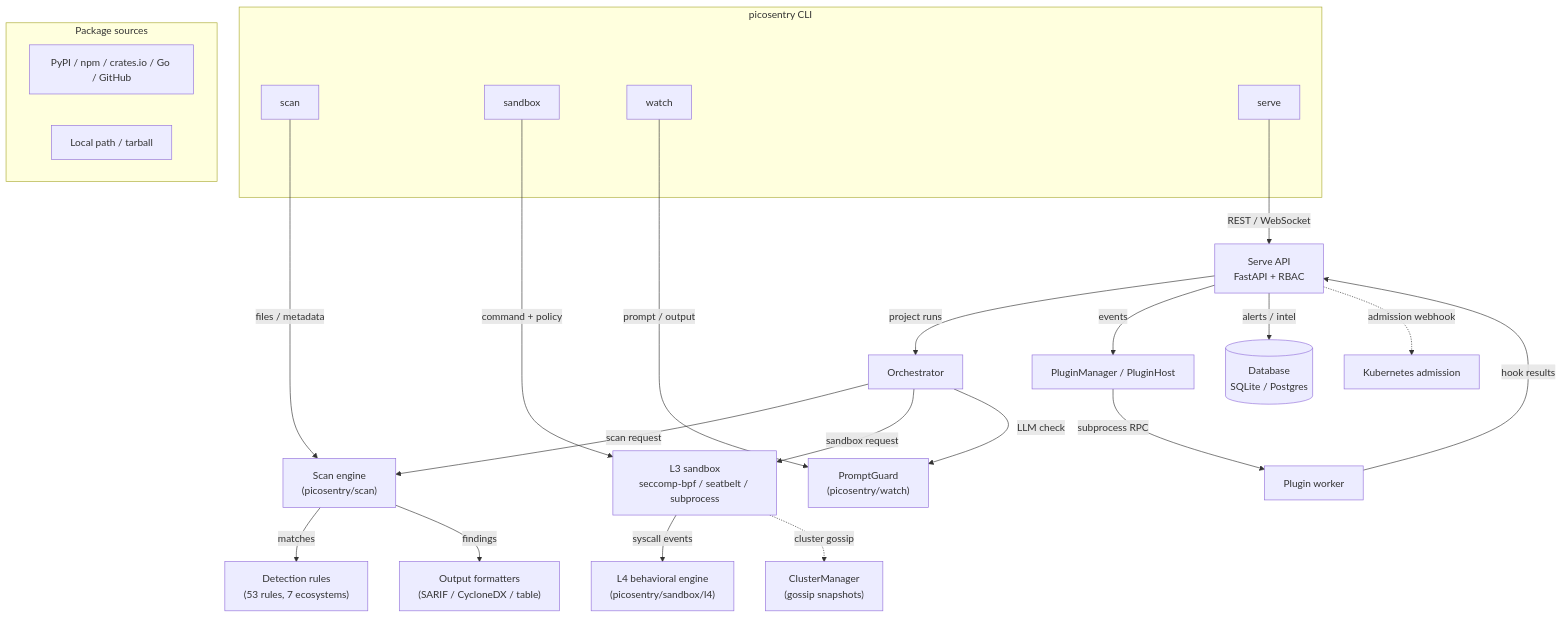
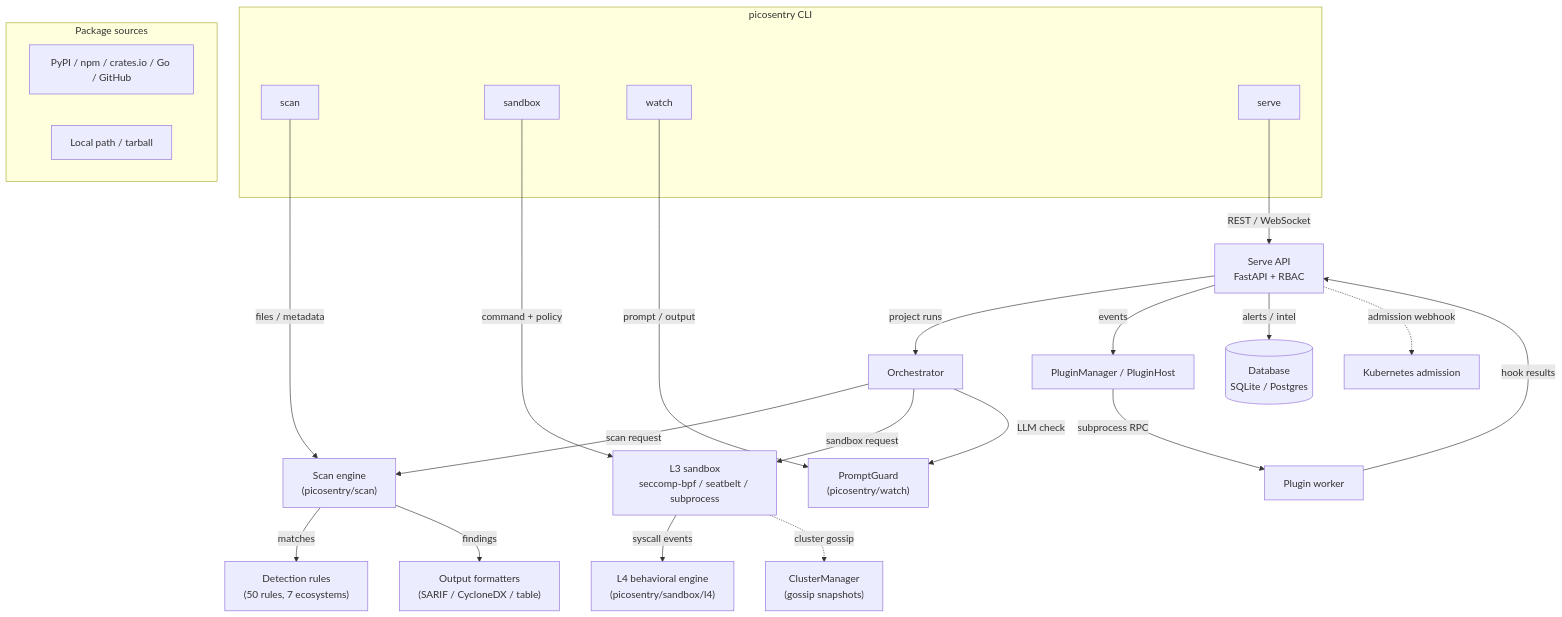
The diagram in docs/ARCHITECTURE.md (KirkForge/PicoSentry), drawn with Mermaid before and after one commit. The commit also changed 86 other files, not shown here.

````diff
--- a/docs/ARCHITECTURE.md
+++ b/docs/ARCHITECTURE.md
@@ -10,38 +10,38 @@
 ```mermaid
 flowchart TB
     subgraph CLI["picosentry CLI"]
         scan["scan"]
         sandbox["sandbox"]
         watch["watch"]
         serve["serve"]
     end
 
     subgraph Sources["Package sources"]
         pypi["PyPI / npm / crates.io / Go / GitHub"]
         local["Local path / tarball"]
     end
 
     scan -->|"files / metadata"| Engine["Scan engine\n(picosentry/scan)"]
-    Engine -->|"matches"| Rules["Detection rules\n(53 rules, 7 ecosystems)"]
+    Engine -->|"matches"| Rules["Detection rules\n(50 rules, 7 ecosystems)"]
     Engine -->|"findings"| Formatter["Output formatters\n(SARIF / CycloneDX / table)"]
 
     sandbox -->|"command + policy"| L3["L3 sandbox\nseccomp-bpf / seatbelt / subprocess"]
     L3 -->|"syscall events"| L4["L4 behavioral engine\n(picosentry/sandbox/l4)"]
 
     watch -->|"prompt / output"| PromptGuard["PromptGuard\n(picosentry/watch)"]
 
     serve -->|"REST / WebSocket"| API["Serve API\nFastAPI + RBAC"]
     API -->|"project runs"| Orchestrator["Orchestrator"]
     API -->|"events"| PluginMgr["PluginManager / PluginHost"]
     API -->|"alerts / intel"| DB[("Database\nSQLite / Postgres")]
 
     Orchestrator -->|"scan request"| Engine
     Orchestrator -->|"sandbox request"| L3
     Orchestrator -->|" LLM check"| PromptGuard
 
     PluginMgr -->|"subprocess RPC"| PluginWorker["Plugin worker"]
     PluginWorker -->|"hook results"| API
 
     L3 -.->|"cluster gossip"| Cluster["ClusterManager\n(gossip snapshots)"]
     API -.->|"admission webhook"| K8s["Kubernetes admission"]
 ```
````
